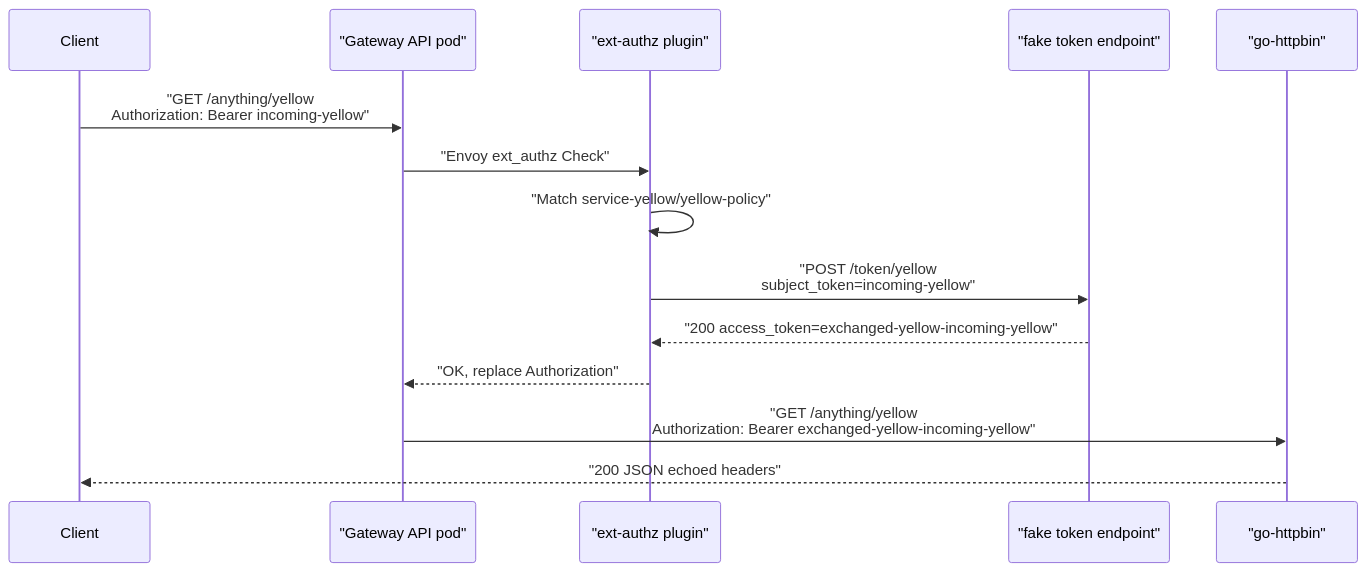
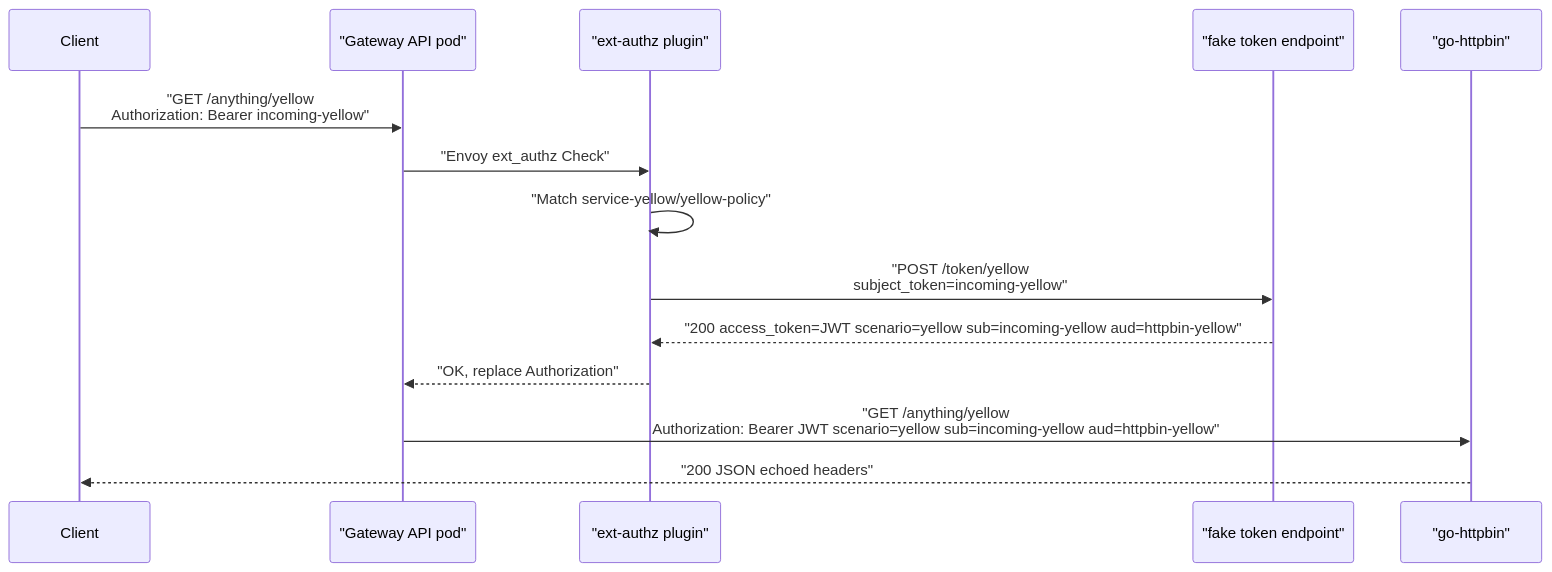
One commit to michaelw/ext-authz-token-exchange changed the first of 6 diagrams in test/e2e/README.md. Above: the diagram before and after it, drawn with Mermaid. The commit also changed 12 other files, not shown here.

````diff
--- a/test/e2e/README.md
+++ b/test/e2e/README.md
@@ -102,17 +102,17 @@
 ```mermaid
 sequenceDiagram
     participant Client
     participant Gateway as "Gateway API pod"
     participant Plugin as "ext-authz plugin"
     participant Issuer as "fake token endpoint"
     participant Httpbin as "go-httpbin"
 
     Client->>Gateway: "GET /anything/yellow<br/>Authorization: Bearer incoming-yellow"
     Gateway->>Plugin: "Envoy ext_authz Check"
     Plugin->>Plugin: "Match service-yellow/yellow-policy"
     Plugin->>Issuer: "POST /token/yellow<br/>subject_token=incoming-yellow"
-    Issuer-->>Plugin: "200 access_token=exchanged-yellow-incoming-yellow"
+    Issuer-->>Plugin: "200 access_token=JWT scenario=yellow sub=incoming-yellow aud=httpbin-yellow"
     Plugin-->>Gateway: "OK, replace Authorization"
-    Gateway->>Httpbin: "GET /anything/yellow<br/>Authorization: Bearer exchanged-yellow-incoming-yellow"
+    Gateway->>Httpbin: "GET /anything/yellow<br/>Authorization: Bearer JWT scenario=yellow sub=incoming-yellow aud=httpbin-yellow"
     Httpbin-->>Client: "200 JSON echoed headers"
 ```
````
